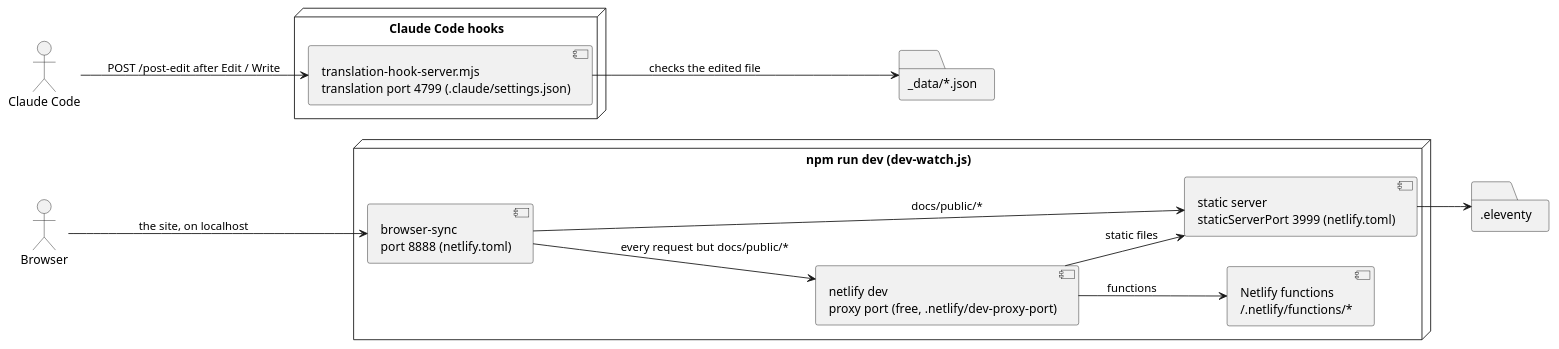
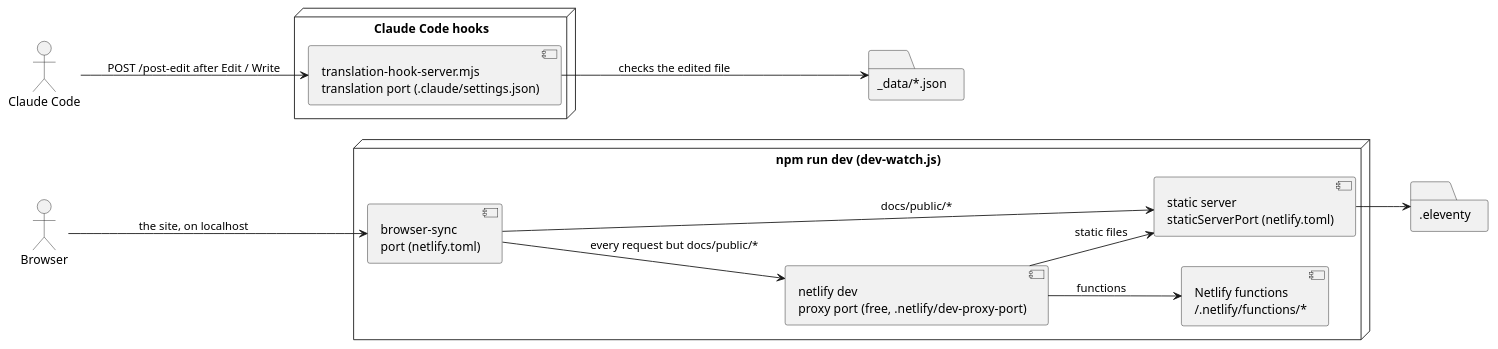
One commit to nicoboga4075/Portfolio changed the diagram in README.md. Above: the diagram before and after it, drawn with PlantUML. The commit also changed other lines of this file and 4 other files, not shown here.

First line of the commit message:
🔧 Read the dev port of adb reverse from netlify.toml

````diff
--- a/README.md
+++ b/README.md
@@ -57,29 +58,29 @@
 ```plantuml
 @startuml
 left to right direction
 actor "Browser" as browser
 actor "Claude Code" as claude
 
 node "npm run dev (dev-watch.js)" {
-  component "browser-sync\nport 8888 (netlify.toml)" as bs
+  component "browser-sync\nport (netlify.toml)" as bs
   component "netlify dev\nproxy port (free, .netlify/dev-proxy-port)" as nd
-  component "static server\nstaticServerPort 3999 (netlify.toml)" as st
+  component "static server\nstaticServerPort (netlify.toml)" as st
   component "Netlify functions\n/.netlify/functions/*" as fn
 }
 folder ".eleventy" as out
 
 node "Claude Code hooks" {
-  component "translation-hook-server.mjs\ntranslation port 4799 (.claude/settings.json)" as th
+  component "translation-hook-server.mjs\ntranslation port (.claude/settings.json)" as th
 }
 folder "_data/*.json" as data
 
 browser --> bs : the site, on localhost
 bs --> nd : every request but docs/public/*
 bs --> st : docs/public/*
 nd --> st : static files
 nd --> fn : functions
 st --> out
 claude --> th : POST /post-edit after Edit / Write
 th --> data : checks the edited file
 @enduml
 ```
````
